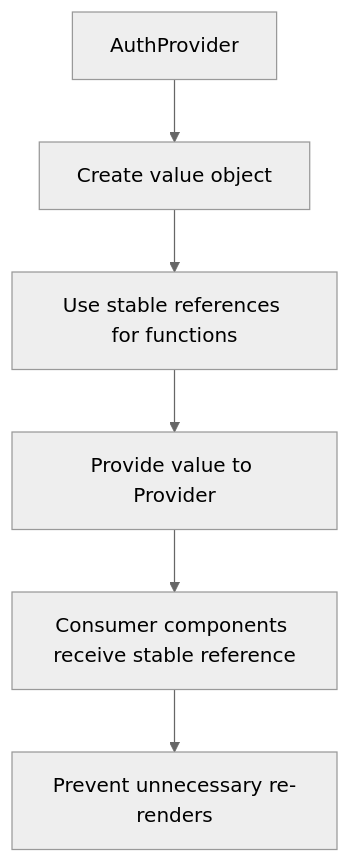
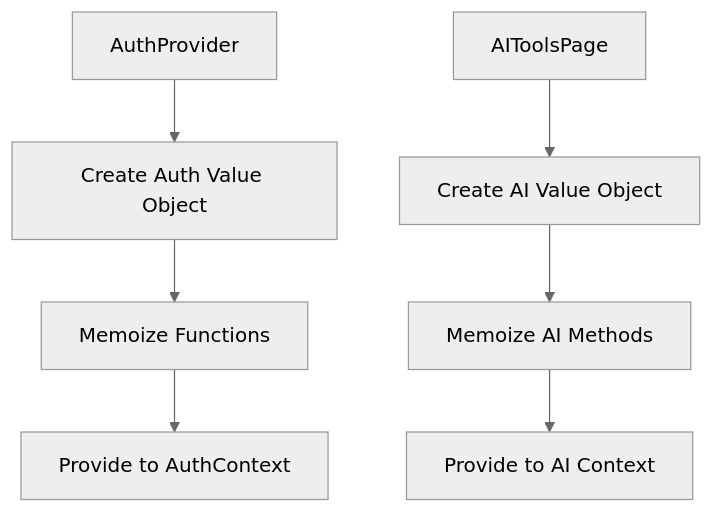
Before and after one commit to Brimstow/ThumPiks: diagram 15 of 21 in .qoder/repowiki/en/content/Frontend Architecture/State Management.md, drawn with Mermaid (neutral theme). The commit also changed other lines of this file and 900 other files, not shown here.

````diff
--- a/.qoder/repowiki/en/content/Frontend Architecture/State Management.md
+++ b/.qoder/repowiki/en/content/Frontend Architecture/State Management.md
@@ -244,8 +402,9 @@
 ```mermaid
 flowchart TD
-Provider["AuthProvider"] --> CreateValue["Create value object"]
-CreateValue --> Memoize["Use stable references for functions"]
-Memoize --> Provide["Provide value to Provider"]
-Provide --> Consumers["Consumer components receive stable reference"]
-Consumers --> PreventRerenders["Prevent unnecessary re-renders"]
+AuthProvider["AuthProvider"] --> CreateUserValue["Create Auth Value Object"]
+CreateUserValue --> MemoizeFunctions["Memoize Functions"]
+MemoizeFunctions --> ProvideAuth["Provide to AuthContext"]
+AIToolsPage["AIToolsPage"] --> CreateAIValue["Create AI Value Object"]
+CreateAIValue --> MemoizeAI["Memoize AI Methods"]
+MemoizeAI --> ProvideAI["Provide to AI Context"]
 ```
````
